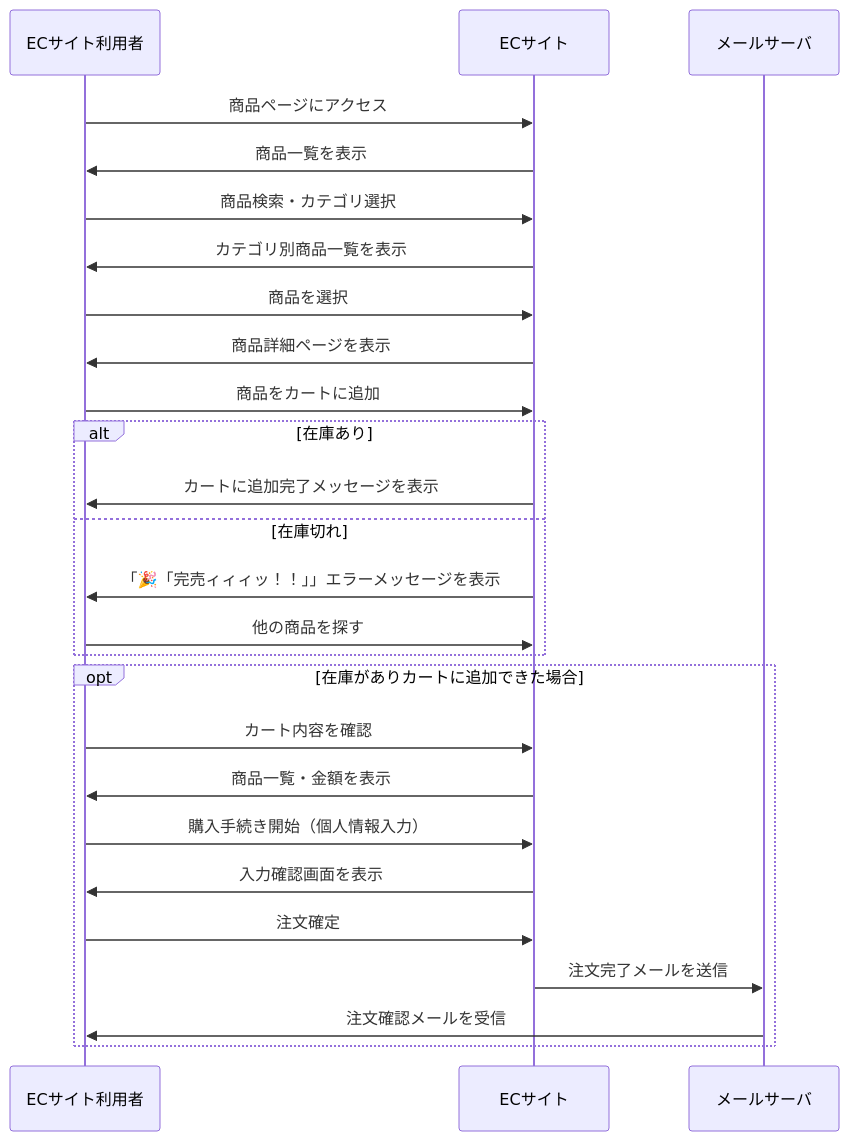
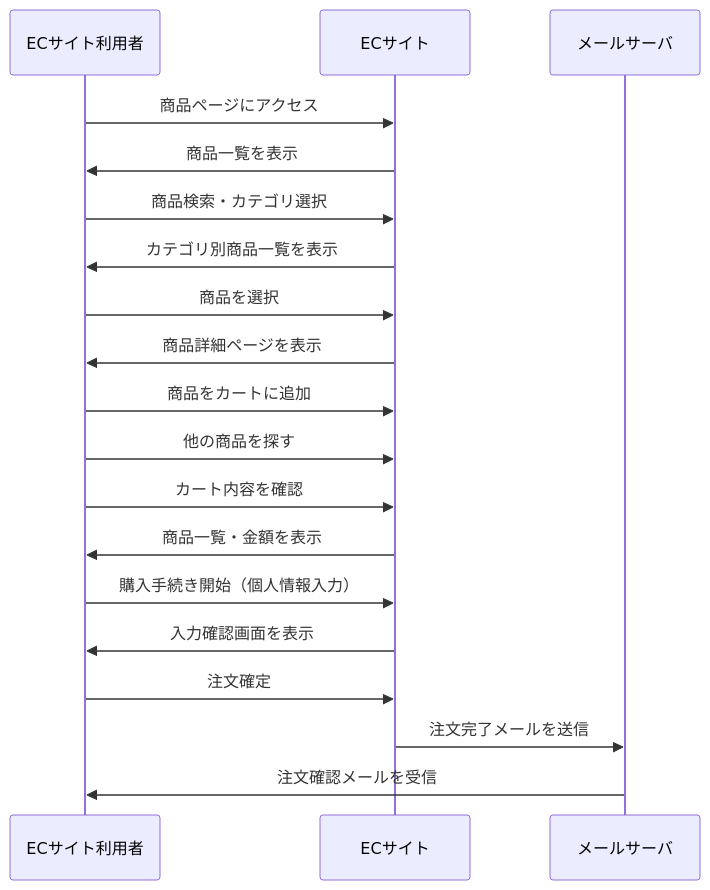
The second of 3 diagrams in 基本設計/B.md (YUKlT0/Equipe), drawn with Mermaid before and after one commit. The commit also changed other lines of this file, not shown here.

```diff
--- a/基本設計/B.md
+++ b/基本設計/B.md
@@ -96,36 +95,28 @@
 <div class="mermaid">
 sequenceDiagram
 participant ユーザー as ECサイト利用者
 participant サイト as ECサイト
 participant メール as メールサーバ
 
 ユーザー ->> サイト: 商品ページにアクセス
 サイト ->> ユーザー: 商品一覧を表示
 
 ユーザー ->> サイト: 商品検索・カテゴリ選択
 サイト ->> ユーザー: カテゴリ別商品一覧を表示
 
 ユーザー ->> サイト: 商品を選択
 サイト ->> ユーザー: 商品詳細ページを表示
 ユーザー ->> サイト: 商品をカートに追加
 
-alt 在庫あり
-サイト ->> ユーザー: カートに追加完了メッセージを表示
-else 在庫切れ
-サイト ->> ユーザー: 「🎉「完売ィィィッ！！」」エラーメッセージを表示
 ユーザー ->> サイト: 他の商品を探す
 
-end
 
-opt 在庫がありカートに追加できた場合
 ユーザー ->> サイト: カート内容を確認
 サイト ->> ユーザー: 商品一覧・金額を表示
 
 ユーザー ->> サイト: 購入手続き開始（個人情報入力）
 サイト ->> ユーザー: 入力確認画面を表示
-
 ユーザー ->> サイト: 注文確定
 サイト ->> メール: 注文完了メールを送信
 メール ->> ユーザー: 注文確認メールを受信
-end
 </div>
```
